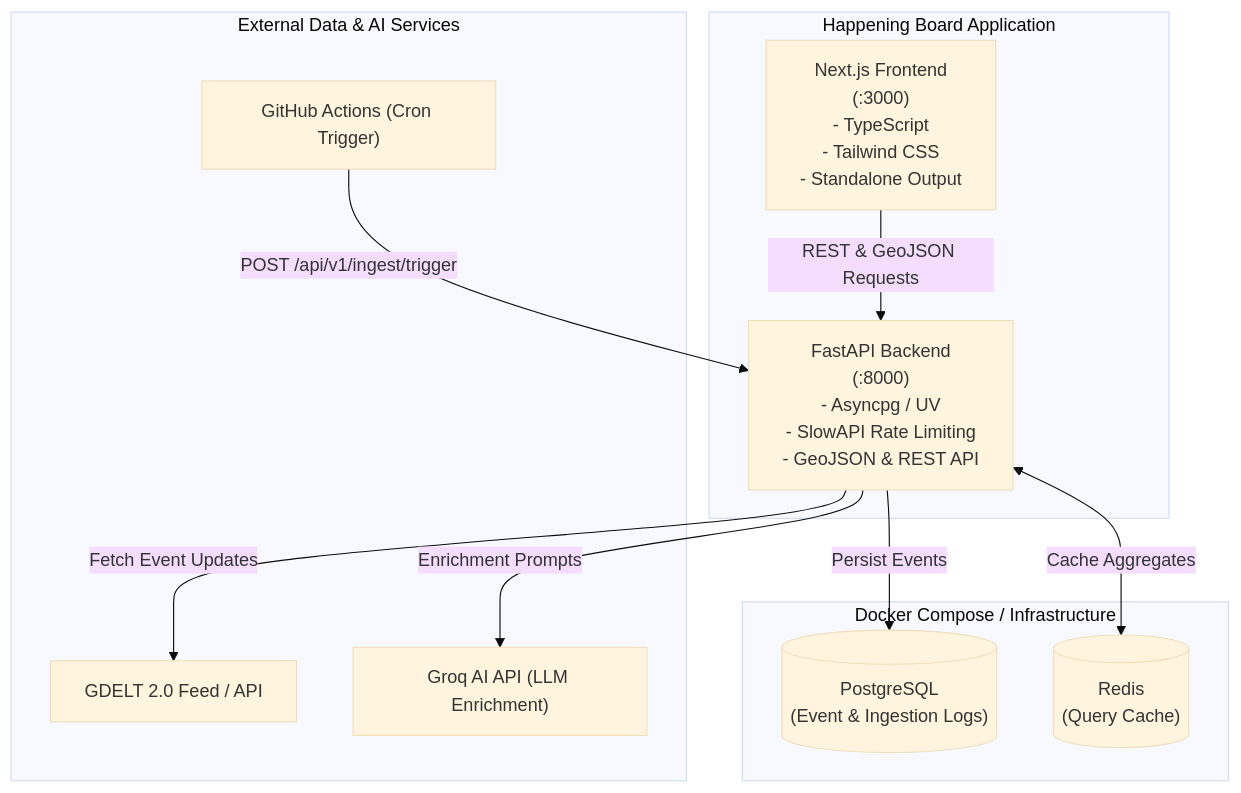
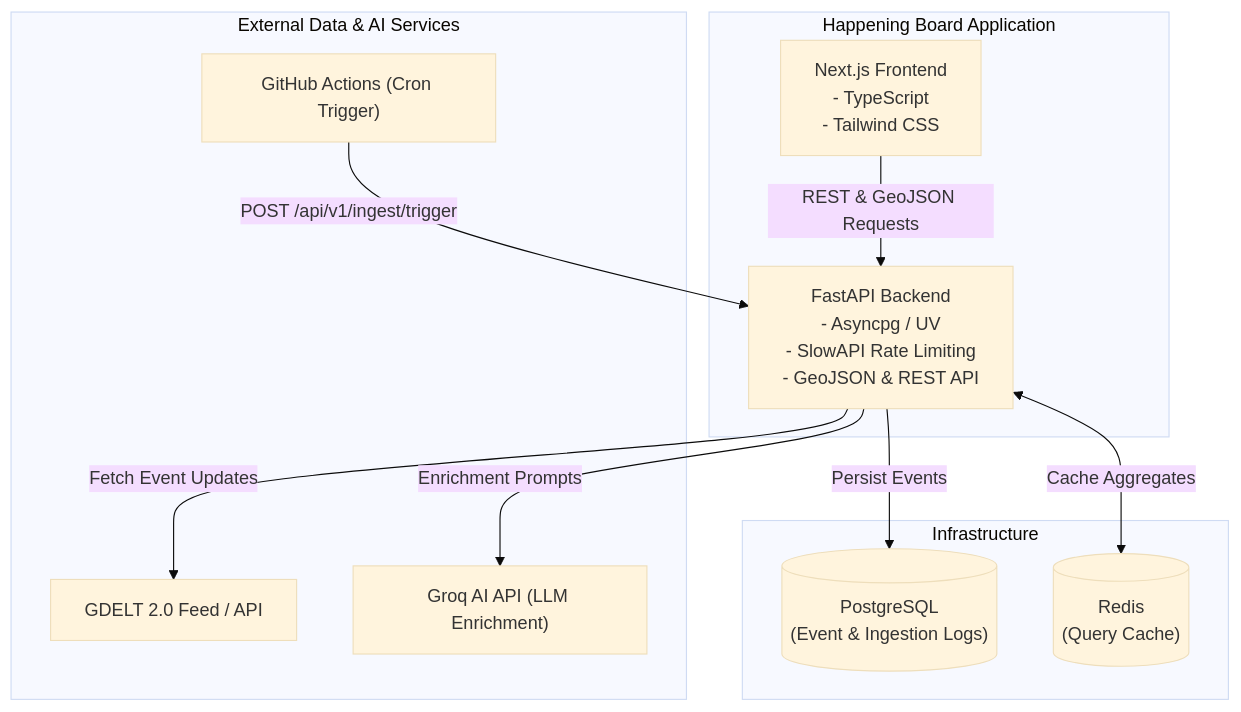
The diagram in README.md (dkp1357/happening-board), drawn with Mermaid (base theme) before and after one commit. The commit also changed other lines of this file, not shown here.

````diff
--- a/README.md
+++ b/README.md
@@ -27,25 +27,25 @@
 ```mermaid
 flowchart TD
     subgraph External["External Data & AI Services"]
         GDELT["GDELT 2.0 Feed / API"]
         Groq["Groq AI API (LLM Enrichment)"]
         GHA["GitHub Actions (Cron Trigger)"]
     end
 
-    subgraph Infrastructure["Docker Compose / Infrastructure"]
+    subgraph Infrastructure["Infrastructure"]
         Postgres[("PostgreSQL\n(Event & Ingestion Logs)")]
         Redis[("Redis\n(Query Cache)")]
     end
 
     subgraph Application["Happening Board Application"]
-        Backend["FastAPI Backend\n(:8000)\n- Asyncpg / UV\n- SlowAPI Rate Limiting\n- GeoJSON & REST API"]
-        Frontend["Next.js Frontend\n(:3000)\n- TypeScript\n- Tailwind CSS \n- Standalone Output"]
+        Backend["FastAPI Backend\n- Asyncpg / UV\n- SlowAPI Rate Limiting\n- GeoJSON & REST API"]
+        Frontend["Next.js Frontend\n- TypeScript\n- Tailwind CSS"]
     end
 
     GHA -->|"POST /api/v1/ingest/trigger"| Backend
     Backend -->|"Fetch Event Updates"| GDELT
     Backend -->|"Enrichment Prompts"| Groq
     Backend -->|"Persist Events"| Postgres
     Backend <-->|"Cache Aggregates"| Redis
     Frontend -->|"REST & GeoJSON Requests"| Backend
 ```
````
